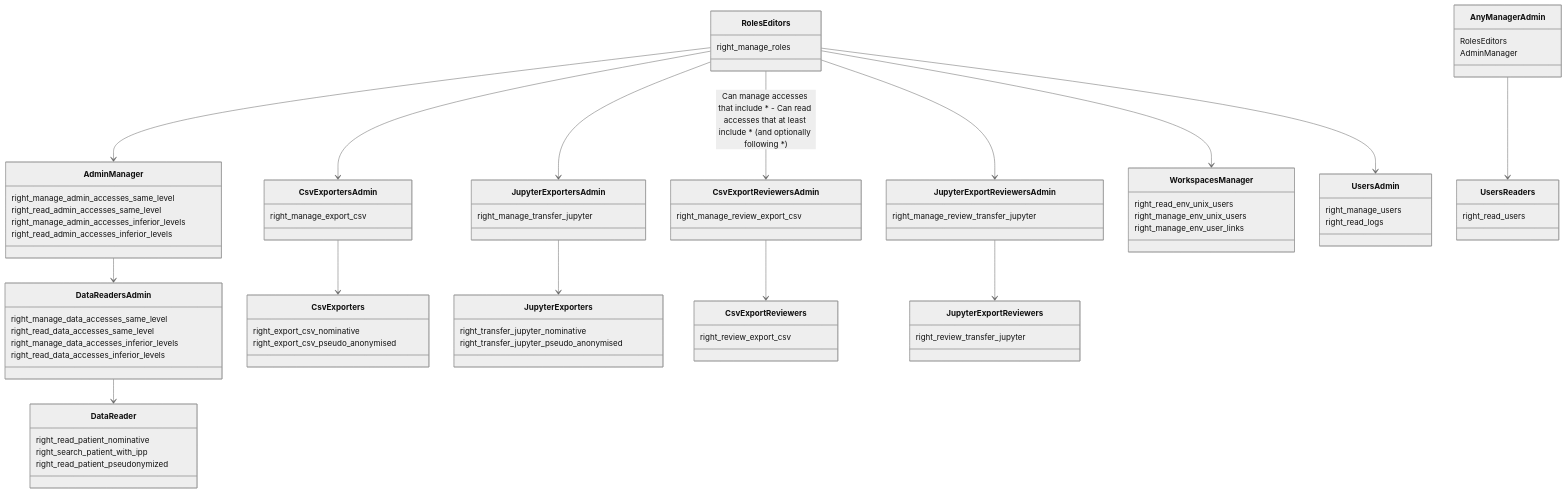
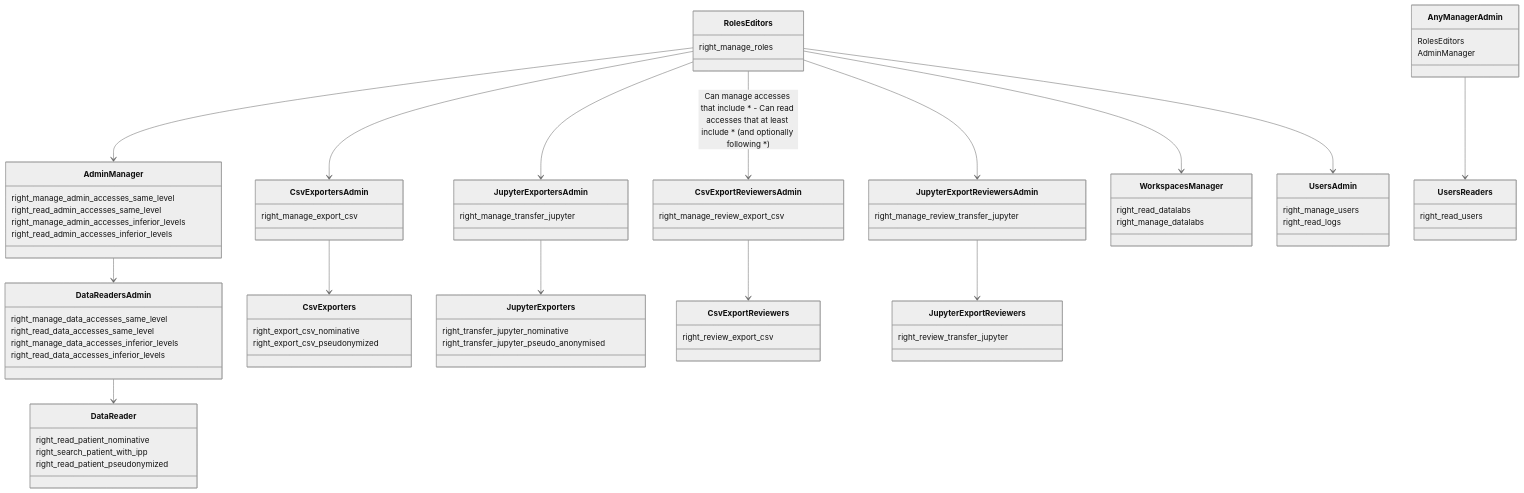
Before and after one commit to aphp/Cohort360-Back-end: the first of 17 diagrams in accesses/rights_schema.md, drawn with Mermaid (neutral theme). The commit also changed other lines of this file and 32 other files, not shown here.

````diff
--- a/accesses/rights_schema.md
+++ b/accesses/rights_schema.md
@@ -1,81 +1,80 @@
 ```mermaid
 classDiagram
 class RolesEditors {
   right_manage_roles
 }
 class AdminManager {
   right_manage_admin_accesses_same_level
   right_read_admin_accesses_same_level
   right_manage_admin_accesses_inferior_levels
   right_read_admin_accesses_inferior_levels
 }
 class DataReadersAdmin {
   right_manage_data_accesses_same_level
   right_read_data_accesses_same_level
   right_manage_data_accesses_inferior_levels
   right_read_data_accesses_inferior_levels
 }
 class DataReader {
   right_read_patient_nominative
   right_search_patient_with_ipp
   right_read_patient_pseudonymized
 }
 class CsvExportersAdmin {
   right_manage_export_csv
 }
 class JupyterExportersAdmin {
   right_manage_transfer_jupyter
 }
 class CsvExporters {
   right_export_csv_nominative
-  right_export_csv_pseudo_anonymised
+  right_export_csv_pseudonymized
 }
 class JupyterExporters {
   right_transfer_jupyter_nominative
   right_transfer_jupyter_pseudo_anonymised
 }
 class CsvExportReviewersAdmin {
   right_manage_review_export_csv
 }
 class JupyterExportReviewersAdmin {
   right_manage_review_transfer_jupyter
 }
 class CsvExportReviewers {
   right_review_export_csv
 }
 class JupyterExportReviewers {
   right_review_transfer_jupyter
 }
 class WorkspacesManager {
-  right_read_env_unix_users
-  right_manage_env_unix_users
-  right_manage_env_user_links
+  right_read_datalabs
+  right_manage_datalabs
 }
 class UsersAdmin {
   right_manage_users
   right_read_logs
 }
 RolesEditors --> AdminManager
 RolesEditors --> UsersAdmin
 AdminManager --> DataReadersAdmin
 DataReadersAdmin --> DataReader
 
 RolesEditors --> CsvExportersAdmin
 RolesEditors --> JupyterExportersAdmin
 CsvExportersAdmin --> CsvExporters
 JupyterExportersAdmin --> JupyterExporters
 
 RolesEditors --> CsvExportReviewersAdmin : Can manage accesses that include * - Can read accesses that at least include * (and optionally following *)
 RolesEditors --> JupyterExportReviewersAdmin
 CsvExportReviewersAdmin --> CsvExportReviewers
 JupyterExportReviewersAdmin --> JupyterExportReviewers
 
 RolesEditors --> WorkspacesManager
 
 class AnyManagerAdmin {
   RolesEditors
   AdminManager
 }
 AnyManagerAdmin --> UsersReaders
 UsersReaders : right_read_users
 ```
````
